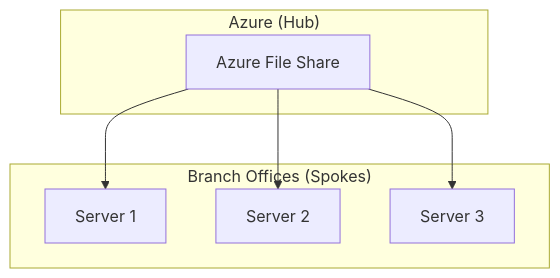
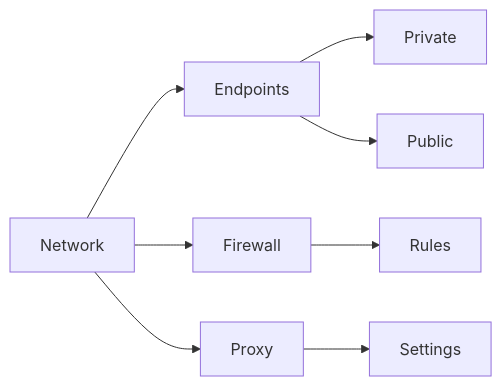
One commit to saravanakumarrc/Architecture_Journey changed the seventh of 16 diagrams in src/azure/az-104/File_Sync.md. Above: the diagram before and after it, drawn with Mermaid. The commit also changed other lines of this file and 9 other files, not shown here.

Commit message:
Add comprehensive documentation for Azure services including Metric Charts, Azure Stack, Cloud-Init, Recovery Services Vault, Traffic Manager, and VNet Gateway with detailed diagrams and best practices.

````diff
--- a/src/azure/az-104/File_Sync.md
+++ b/src/azure/az-104/File_Sync.md
@@ -137,16 +114,12 @@
 ```mermaid
-graph TB
-    subgraph "Azure (Hub)"
-        A[Azure File Share]
-    end
+graph LR
+    A[Network] --> B[Endpoints]
+    A --> C[Firewall]
+    A --> D[Proxy]
     
-    subgraph "Branch Offices (Spokes)"
-        B[Server 1]
-        C[Server 2]
-        D[Server 3]
-    end
+    B --> E[Private]
+    B --> F[Public]
     
-    A --> B
-    A --> C
-    A --> D
+    C --> G[Rules]
+    D --> H[Settings]
 ```
````
